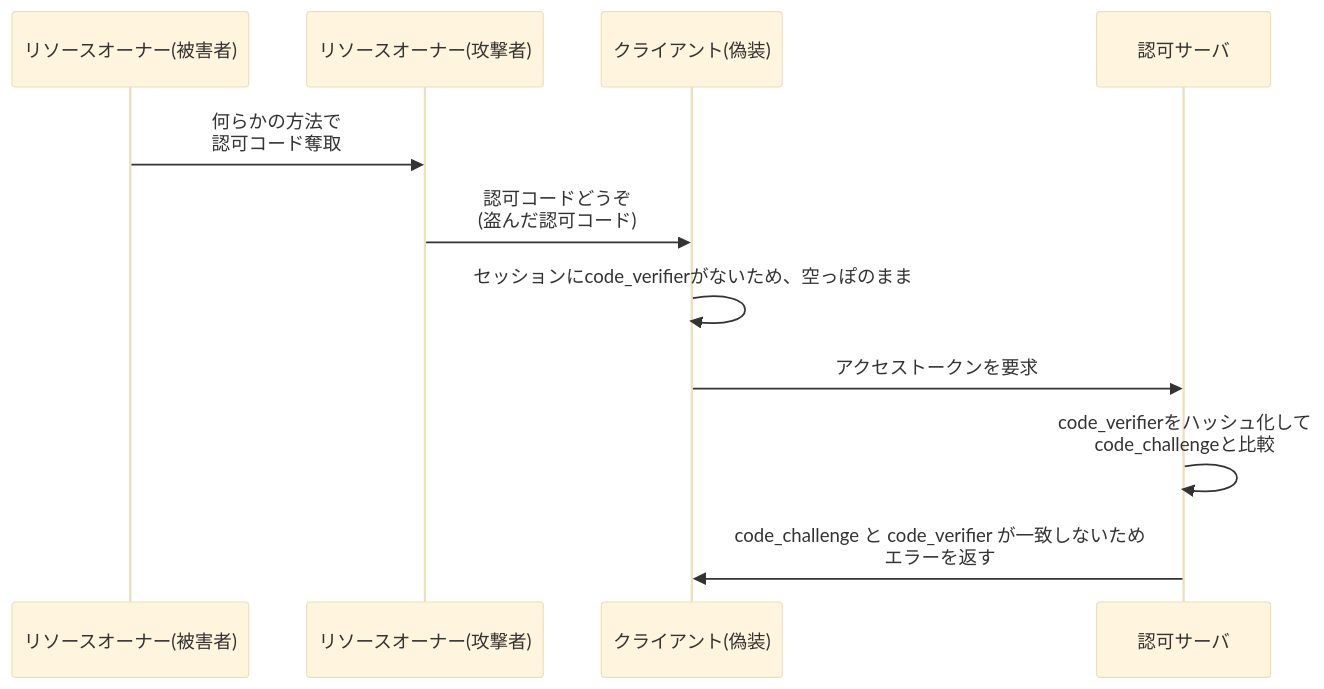
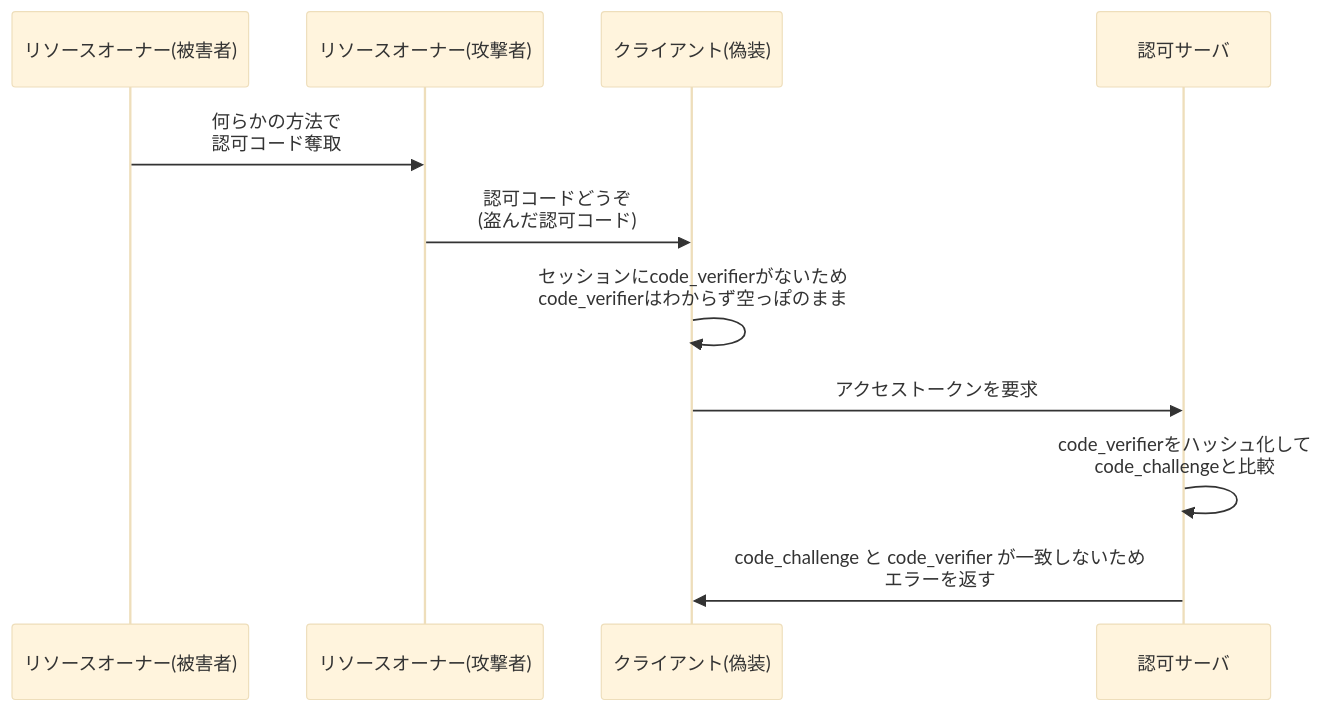
Before and after one commit to calloc134/zenn-dir: the tenth of 20 diagrams in articles/5e8da6c491e720.md, drawn with Mermaid (base theme). The commit also changed other lines of this file, not shown here.

Commit message:
クライアント偽装、少し表現改め

````diff
--- a/articles/5e8da6c491e720.md
+++ b/articles/5e8da6c491e720.md
@@ -1050,13 +1050,13 @@
 ```mermaid
 sequenceDiagram
   participant リソースオーナー(被害者)
   participant リソースオーナー(攻撃者)
   participant クライアント(偽装)
   participant 認可サーバ
   リソースオーナー(被害者)->>リソースオーナー(攻撃者): 何らかの方法で<br>認可コード奪取
   リソースオーナー(攻撃者)->>クライアント(偽装): 認可コードどうぞ<br>(盗んだ認可コード)
-  クライアント(偽装)->>クライアント(偽装): セッションにcode_verifierがないため、空っぽのまま
+  クライアント(偽装)->>クライアント(偽装): セッションにcode_verifierがないため<br>code_verifierはわからず空っぽのまま
   クライアント(偽装)->>認可サーバ: アクセストークンを要求
   認可サーバ->>認可サーバ: code_verifierをハッシュ化して<br>code_challengeと比較
   認可サーバ->>クライアント(偽装): code_challenge と code_verifier が一致しないため<br>エラーを返す
 ```
````
